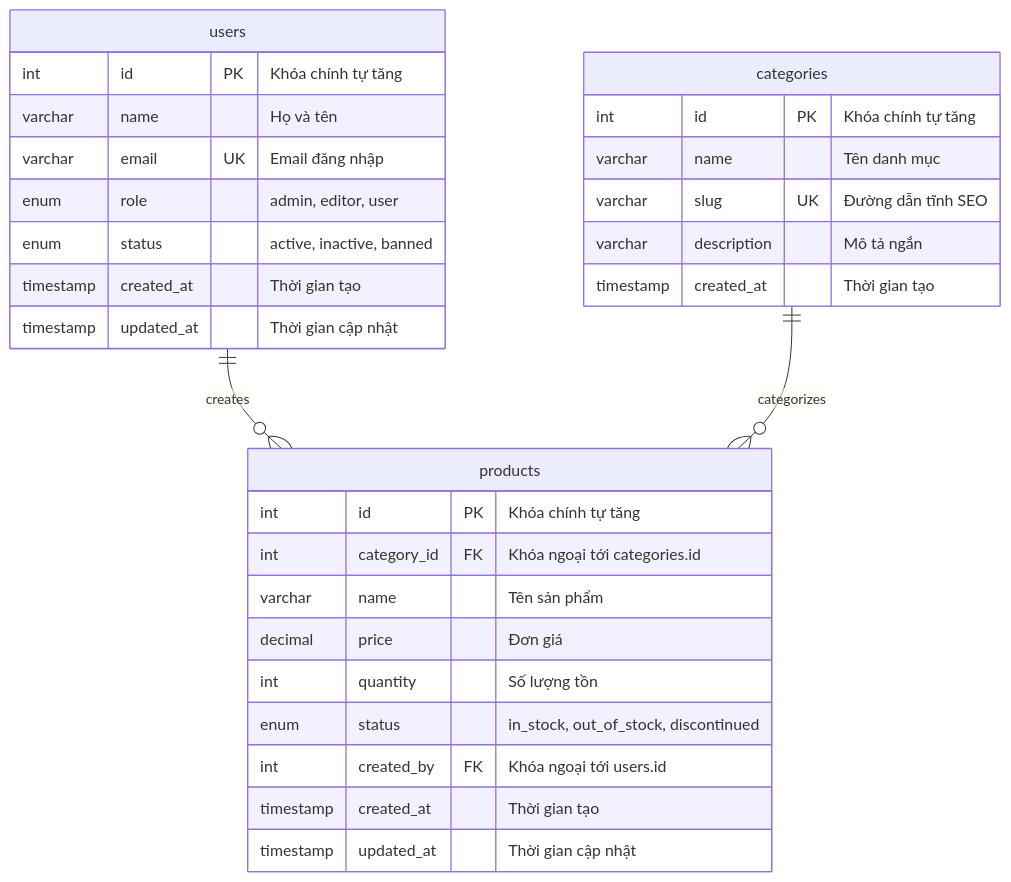
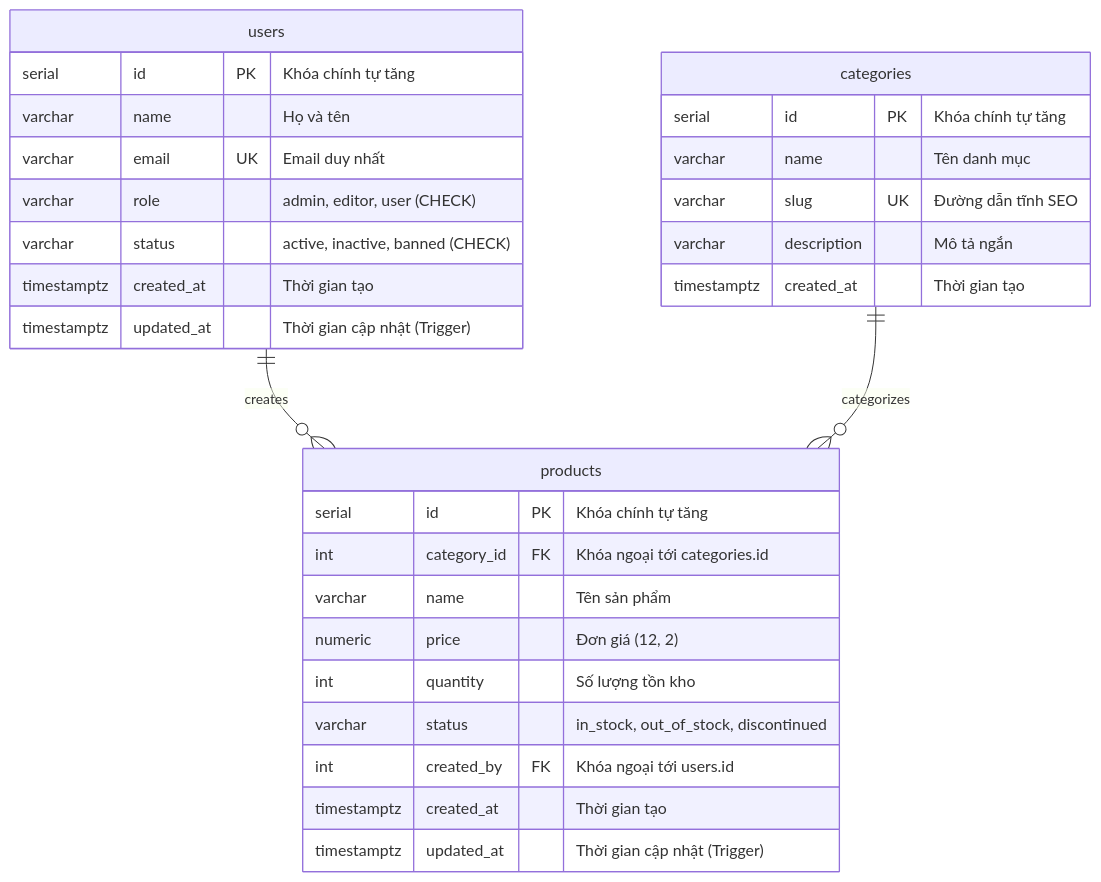
One commit to Dreams-lands/React-Nodejs changed the diagram in backend/database/DATA_DICTIONARY.md. Above: the diagram before and after it, drawn with Mermaid. The commit also changed other lines of this file and 14 other files, not shown here.

````diff
--- a/backend/database/DATA_DICTIONARY.md
+++ b/backend/database/DATA_DICTIONARY.md
@@ -9,35 +9,35 @@
 ```mermaid
 erDiagram
     users ||--o{ products : "creates"
     categories ||--o{ products : "categorizes"
 
     users {
-        int id PK "Khóa chính tự tăng"
+        serial id PK "Khóa chính tự tăng"
         varchar name "Họ và tên"
-        varchar email UK "Email đăng nhập"
-        enum role "admin, editor, user"
-        enum status "active, inactive, banned"
-        timestamp created_at "Thời gian tạo"
-        timestamp updated_at "Thời gian cập nhật"
+        varchar email UK "Email duy nhất"
+        varchar role "admin, editor, user (CHECK)"
+        varchar status "active, inactive, banned (CHECK)"
+        timestamptz created_at "Thời gian tạo"
+        timestamptz updated_at "Thời gian cập nhật (Trigger)"
     }
 
     categories {
-        int id PK "Khóa chính tự tăng"
+        serial id PK "Khóa chính tự tăng"
         varchar name "Tên danh mục"
         varchar slug UK "Đường dẫn tĩnh SEO"
         varchar description "Mô tả ngắn"
-        timestamp created_at "Thời gian tạo"
+        timestamptz created_at "Thời gian tạo"
     }
 
     products {
-        int id PK "Khóa chính tự tăng"
+        serial id PK "Khóa chính tự tăng"
         int category_id FK "Khóa ngoại tới categories.id"
         varchar name "Tên sản phẩm"
-        decimal price "Đơn giá"
-        int quantity "Số lượng tồn"
-        enum status "in_stock, out_of_stock, discontinued"
+        numeric price "Đơn giá (12, 2)"
+        int quantity "Số lượng tồn kho"
+        varchar status "in_stock, out_of_stock, discontinued"
         int created_by FK "Khóa ngoại tới users.id"
-        timestamp created_at "Thời gian tạo"
-        timestamp updated_at "Thời gian cập nhật"
+        timestamptz created_at "Thời gian tạo"
+        timestamptz updated_at "Thời gian cập nhật (Trigger)"
     }
 ```
````
